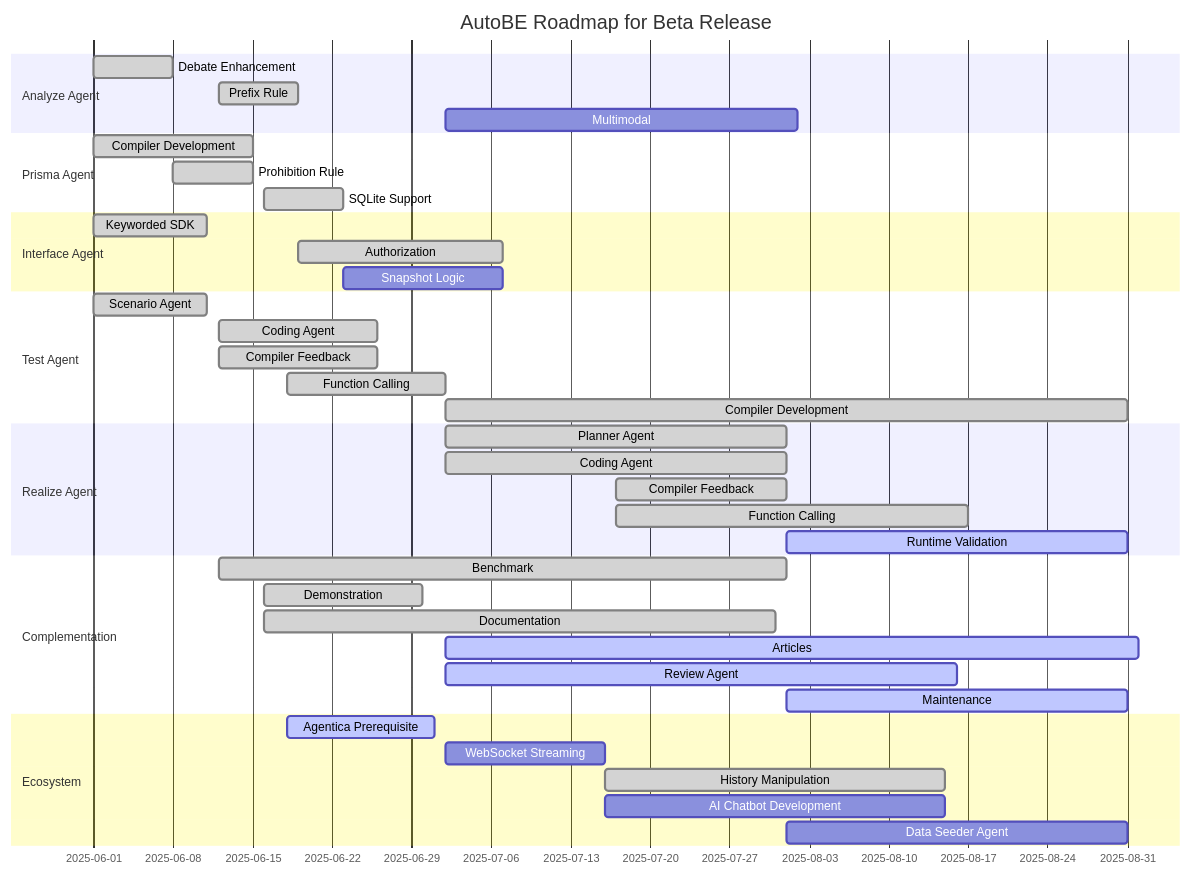
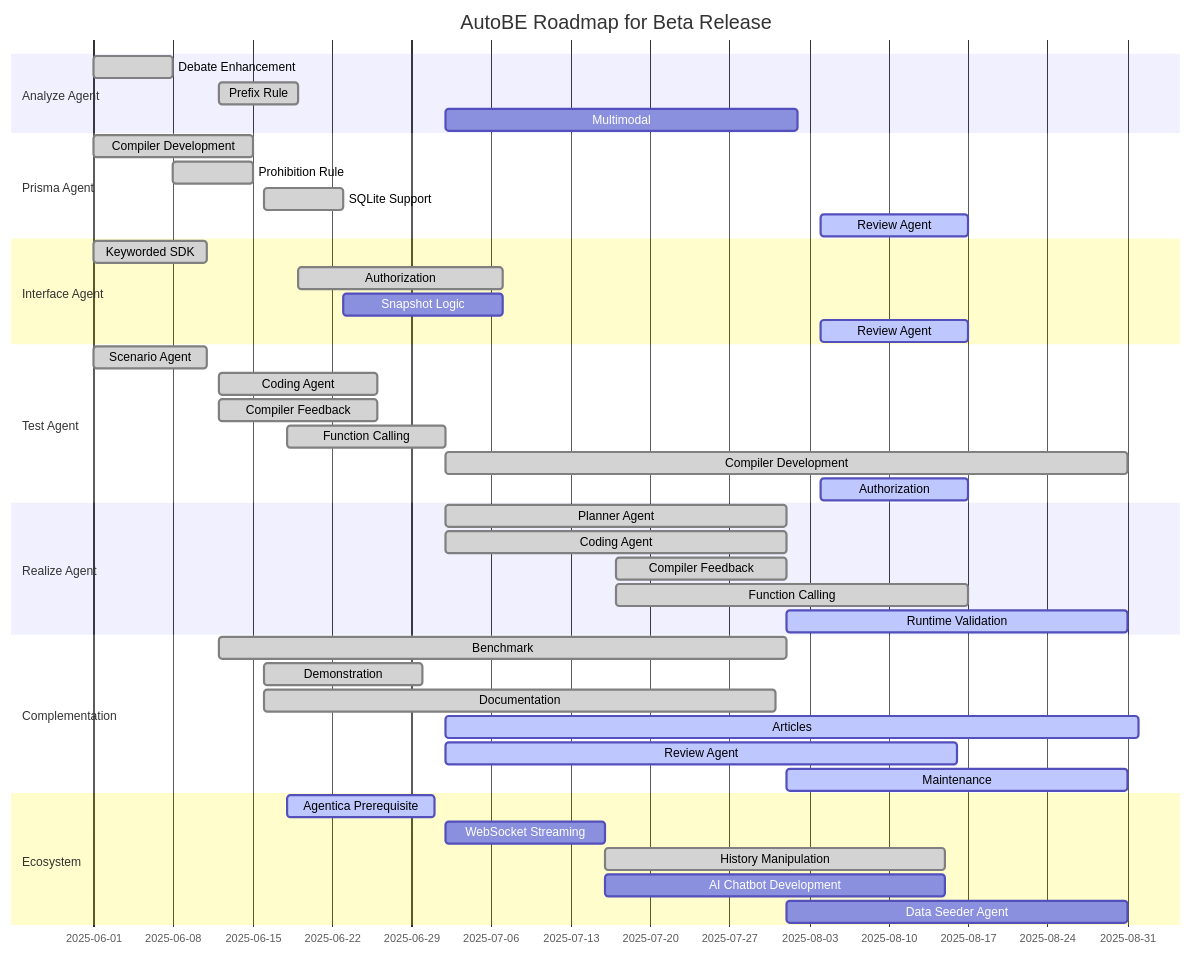
Before and after one commit to RavenView-ai/autobe: the second of 2 diagrams in README.md, drawn with Mermaid. The commit also changed 8 other files, not shown here.

````diff
--- a/README.md
+++ b/README.md
@@ -181,49 +181,52 @@
 ```mermaid
 gantt
   dateFormat YYYY-MM-DD
   title AutoBE Roadmap for Beta Release
 
   section Analyze Agent
   Debate Enhancement: done,    2025-06-01,  7d
   Prefix Rule:        done,    2025-06-12,  7d
   Multimodal:         planned, 2025-07-02, 31d
 
   section Prisma Agent
   Compiler Development: done, 2025-06-01, 14d
   Prohibition Rule:     done, 2025-06-08,  7d
   SQLite Support:       done, 2025-06-16,  7d
+  Review Agent:       active, 2025-08-04, 13d
 
   section Interface Agent
-  Keyworded SDK:  done,    2025-06-01, 10d
-  Authorization:  done,    2025-06-19, 18d
+  Keyworded SDK:     done, 2025-06-01, 10d
+  Authorization:     done, 2025-06-19, 18d
   Snapshot Logic: planned, 2025-06-23, 14d
+  Review Agent:    active, 2025-08-04, 13d
 
   section Test Agent
   Scenario Agent:       done, 2025-06-01, 10d        
   Coding Agent:         done, 2025-06-12, 14d
   Compiler Feedback:    done, 2025-06-12, 14d
   Function Calling:     done, 2025-06-18, 14d
   Compiler Development: done, 2025-07-02, 60d
+  Authorization:      active, 2025-08-04, 13d
 
   section Realize Agent
-  Planner Agent:      done,   2025-07-02, 30d
-  Coding Agent:       done,   2025-07-02, 30d
-  Compiler Feedback:  done,   2025-07-17, 15d
-  Function Calling:   done,   2025-07-17, 31d
+  Planner Agent:        done, 2025-07-02, 30d
+  Coding Agent:         done, 2025-07-02, 30d
+  Compiler Feedback:    done, 2025-07-17, 15d
+  Function Calling:     done, 2025-07-17, 31d
   Runtime Validation: active, 2025-08-01, 30d
 
   section Complementation
   Benchmark:     done,   2025-06-12, 50d
   Demonstration: done,   2025-06-16, 14d
   Documentation: done,   2025-06-16, 45d
   Articles:      active, 2025-07-02, 61d
   Review Agent:  active, 2025-07-02, 45d
   Maintenance:   active, 2025-08-01, 30d
 
   section Ecosystem
   Agentica Prerequisite:  active,  2025-06-18, 13d
   WebSocket Streaming:    planned, 2025-07-02, 14d
   History Manipulation:   done,    2025-07-16, 30d
   AI Chatbot Development: planned, 2025-07-16, 30d
   Data Seeder Agent:      planned, 2025-08-01, 30d
 ```
````
